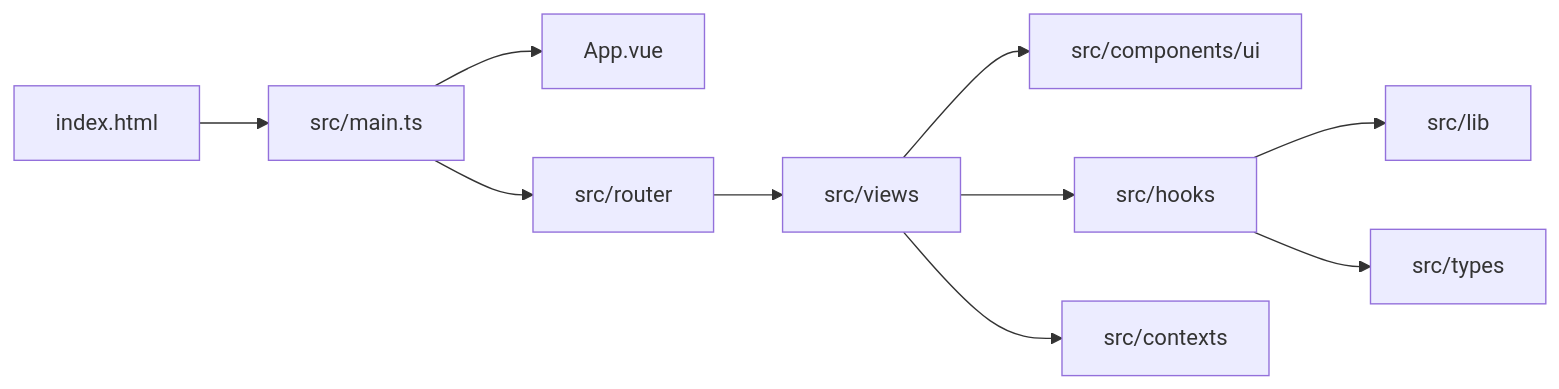
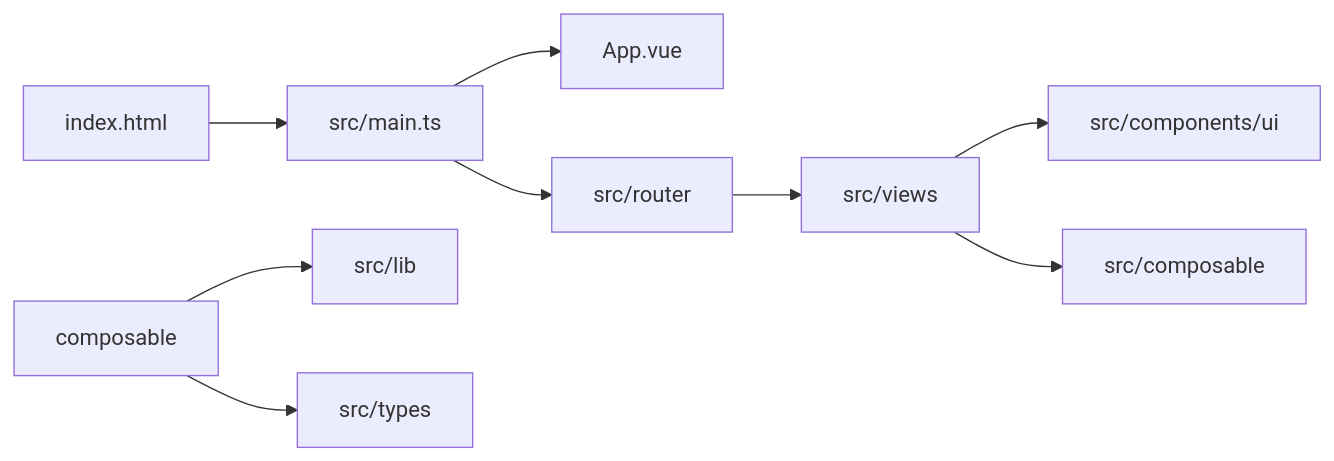
Before and after one commit to DiiageCUCDB/DI2-P2-P3-E2-DOCS: the first of 2 diagrams in content/ocid-frontend/02-architecture/architecture-overview.md, drawn with Mermaid. The commit also changed 14 other files, not shown here.

````diff
--- a/content/ocid-frontend/02-architecture/architecture-overview.md
+++ b/content/ocid-frontend/02-architecture/architecture-overview.md
@@ -26,12 +26,11 @@
 ```mermaid
 flowchart LR
   index[index.html] --> main[src/main.ts]
   main --> app[App.vue]
   main --> router[src/router]
   router --> views[src/views]
   views --> ui[src/components/ui]
-  views --> hooks[src/hooks]
-  hooks --> lib[src/lib]
-  views --> ctx[src/contexts]
-  hooks --> types[src/types]
+  views --> composables[src/composable]
+  composable --> lib[src/lib]
+  composable --> types[src/types]
 ```
````
